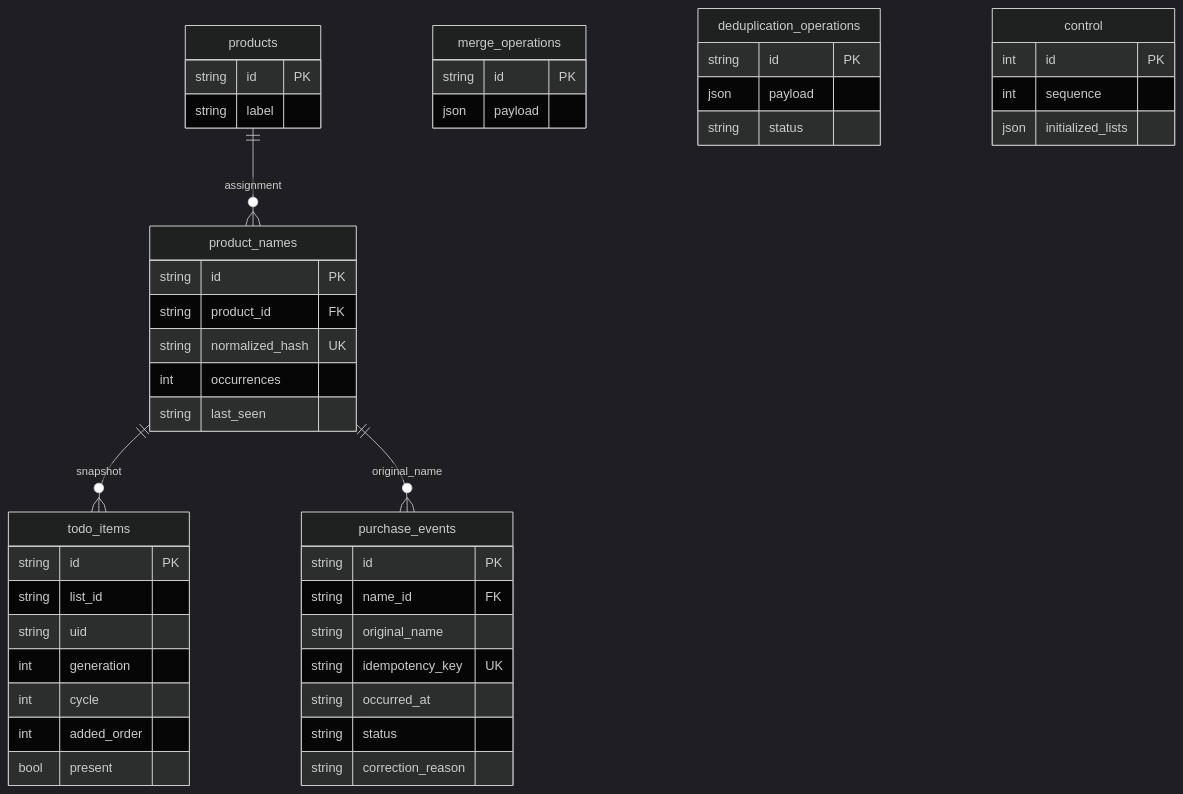
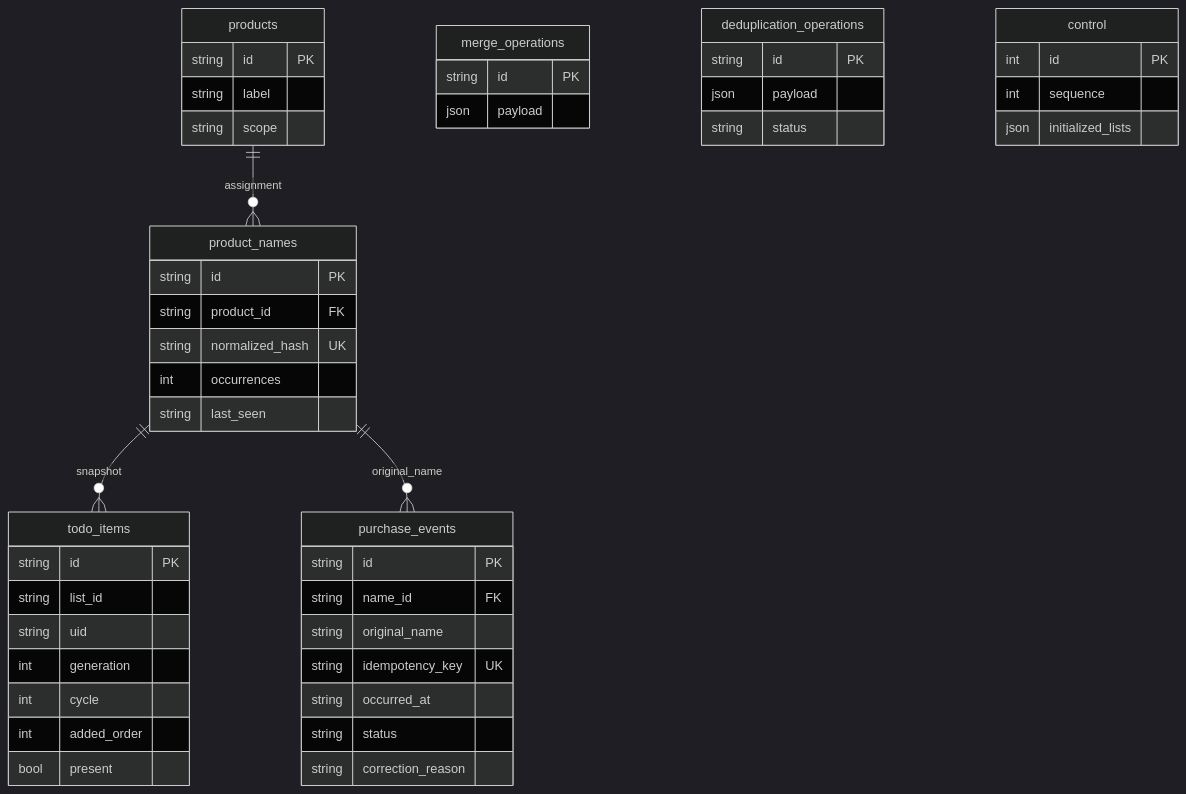
One commit to pax0r/listkeeper changed the diagram in docs/ARCHITECTURE.md. Above: the diagram before and after it, drawn with Mermaid (dark theme). The commit also changed other lines of this file and 42 other files, not shown here.

````diff
--- a/docs/ARCHITECTURE.md
+++ b/docs/ARCHITECTURE.md
@@ -16,49 +16,50 @@
 ```mermaid
 erDiagram
     products ||--o{ product_names : assignment
     product_names ||--o{ todo_items : snapshot
     product_names ||--o{ purchase_events : original_name
     products {
         string id PK
         string label
+        string scope
     }
     product_names {
         string id PK
         string product_id FK
         string normalized_hash UK
         int occurrences
         string last_seen
     }
     todo_items {
         string id PK
         string list_id
         string uid
         int generation
         int cycle
         int added_order
         bool present
     }
     purchase_events {
         string id PK
         string name_id FK
         string original_name
         string idempotency_key UK
         string occurred_at
         string status
         string correction_reason
     }
     merge_operations {
         string id PK
         json payload
     }
     deduplication_operations {
         string id PK
         json payload
         string status
     }
     control {
         int id PK
         int sequence
         json initialized_lists
     }
 ```
````
